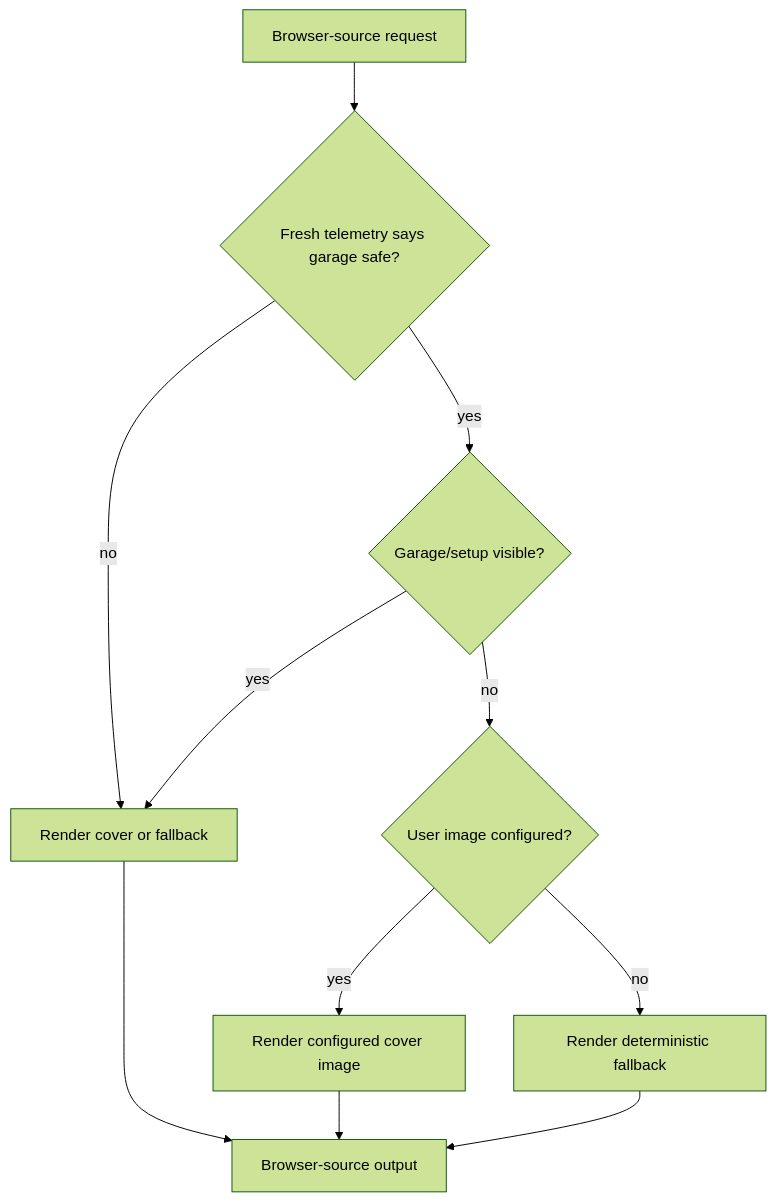
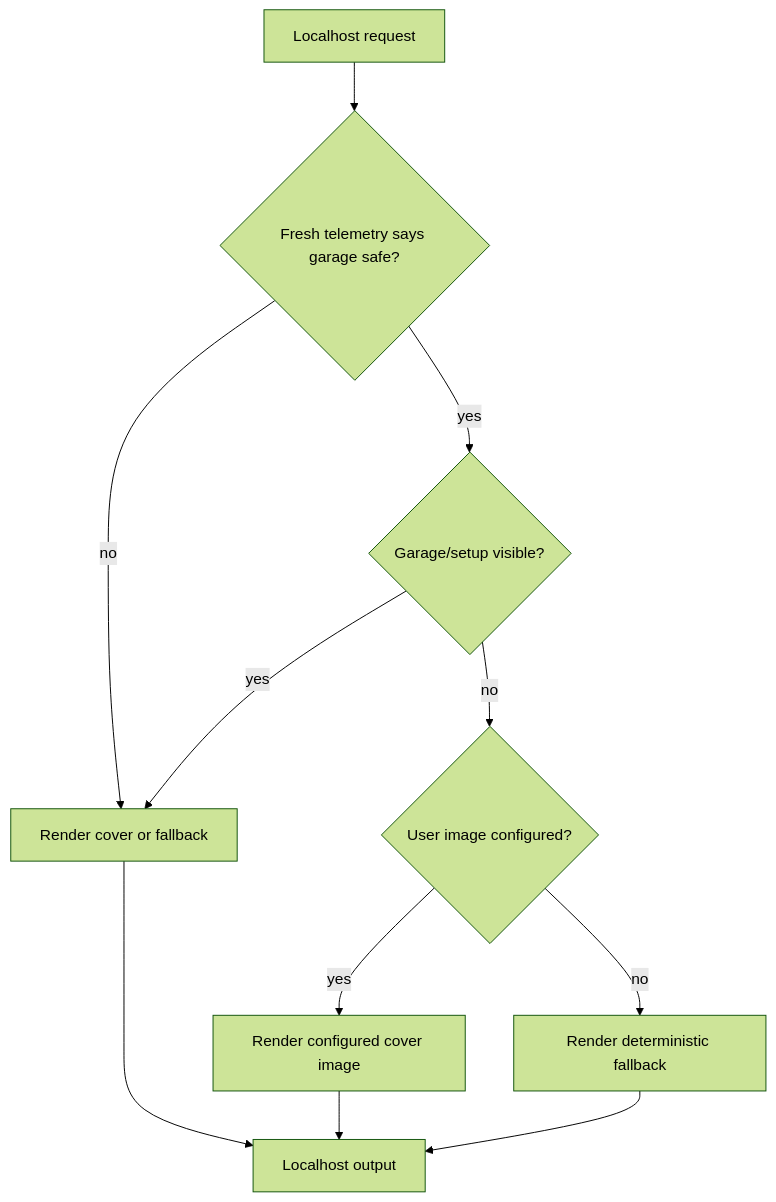
The eighth of 16 diagrams in docs/overlay-flow-diagrams.md (Boucher-David/tmrOverlay), drawn with Mermaid (forest theme) before and after one commit. The commit also changed other lines of this file and 267 other files, not shown here.

````diff
--- a/docs/overlay-flow-diagrams.md
+++ b/docs/overlay-flow-diagrams.md
@@ -135,13 +135,13 @@
 ```mermaid
 flowchart TD
-    Start["Browser-source request"] --> Telemetry{"Fresh telemetry says garage safe?"}
+    Start["Localhost request"] --> Telemetry{"Fresh telemetry says garage safe?"}
     Telemetry -- no --> Cover["Render cover or fallback"]
     Telemetry -- yes --> Garage{"Garage/setup visible?"}
     Garage -- yes --> Cover
     Garage -- no --> Image{"User image configured?"}
     Image -- yes --> Custom["Render configured cover image"]
     Image -- no --> Fallback["Render deterministic fallback"]
-    Custom --> Output["Browser-source output"]
+    Custom --> Output["Localhost output"]
     Fallback --> Output
     Cover --> Output
 ```
````
